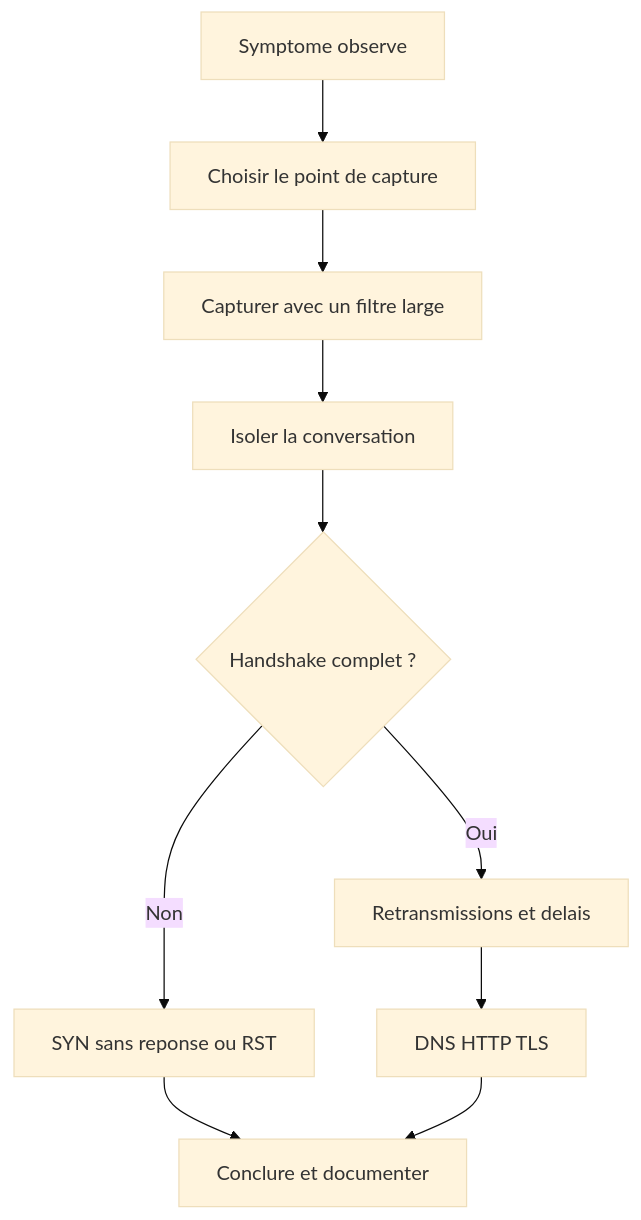
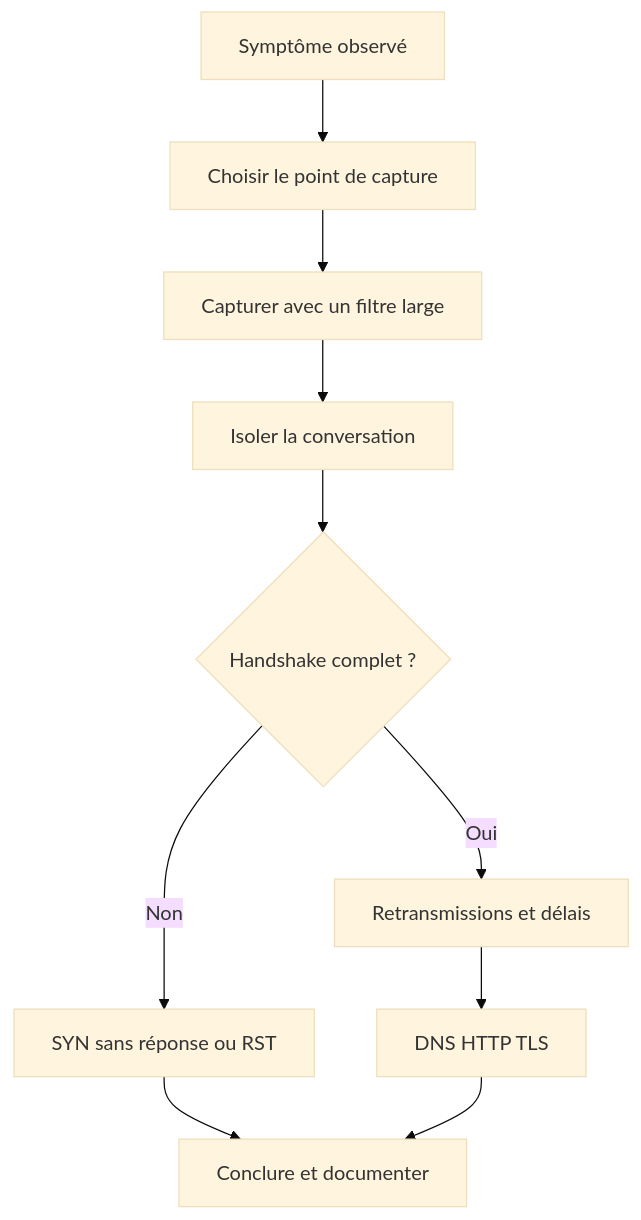
One commit to Gooseppr/GevOps_LC changed the second of 2 diagrams in courses/reseaux-cybersecurite/10_wireshark_analyse.md. Above: the diagram before and after it, drawn with Mermaid (base theme). The commit also changed 56 other files, not shown here.

````diff
--- a/courses/reseaux-cybersecurite/10_wireshark_analyse.md
+++ b/courses/reseaux-cybersecurite/10_wireshark_analyse.md
@@ -248,12 +248,12 @@
 ```mermaid
 flowchart TD
-    A[Symptome observe] --> B[Choisir le point de capture]
+    A[Symptôme observé] --> B[Choisir le point de capture]
     B --> C[Capturer avec un filtre large]
     C --> D[Isoler la conversation]
     D --> E{Handshake complet ?}
-    E -->|Non| F[SYN sans reponse ou RST]
-    E -->|Oui| G[Retransmissions et delais]
+    E -->|Non| F[SYN sans réponse ou RST]
+    E -->|Oui| G[Retransmissions et délais]
     G --> H[DNS HTTP TLS]
     F --> I[Conclure et documenter]
     H --> I
 ```
````
